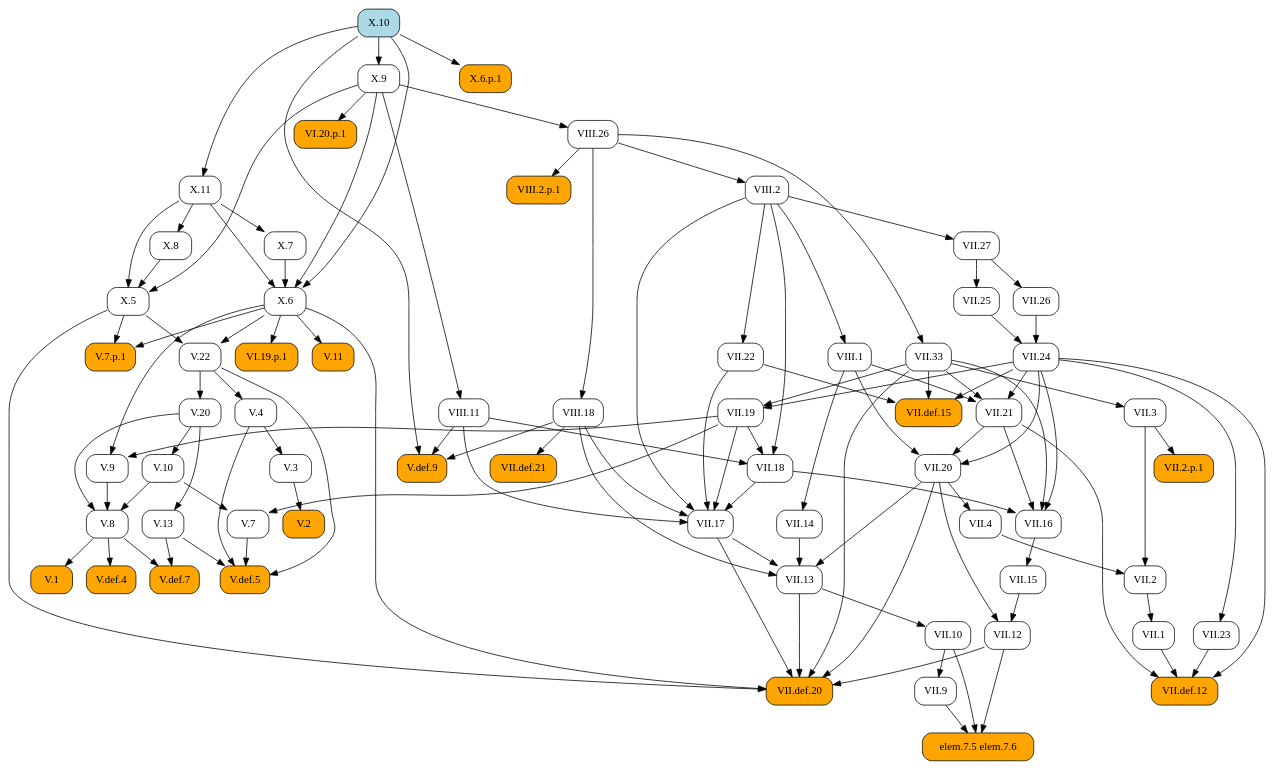
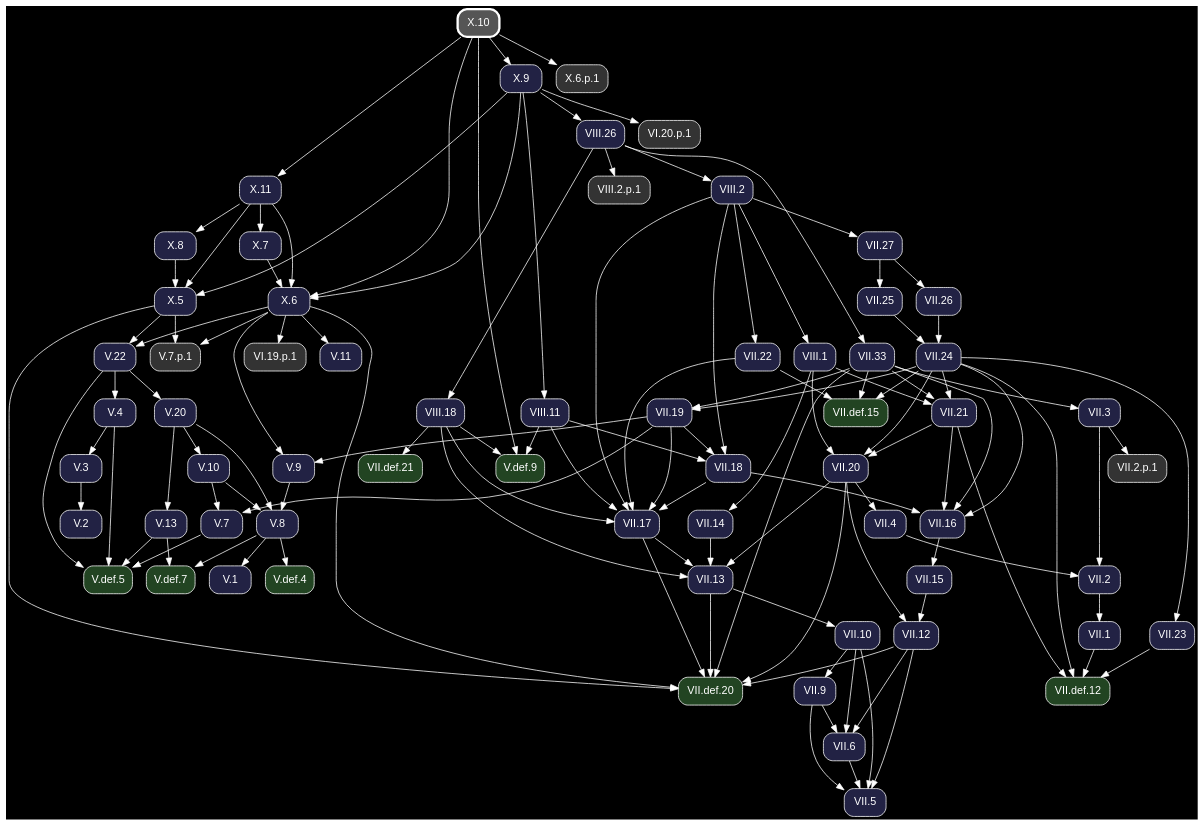
One commit to geometor/elements changed the diagram in docsrc/heath/X/10/index.rst. Above: the diagram before and after it, drawn with Graphviz. The commit also changed other lines of this file and 1200 other files, not shown here.

Commit message:
update dependency graphs

```diff
--- a/docsrc/heath/X/10/index.rst
+++ b/docsrc/heath/X/10/index.rst
@@ -43,128 +43,93 @@
 .. graphviz::
 
    digraph {
+     bgcolor="black";
+     node [shape=box, style="rounded,filled", fontname="Helvetica", color="white", fontcolor="white"];
+     edge [color="white", fontcolor="white"];
      rankdir="TB";
-     node [shape=box, style=rounded];
-     "VII.33" [URL="/heath/VII/33/", target="_top"];
-     "VII.12" [URL="/heath/VII/12/", target="_top"];
-     "elem.7.5 elem.7.6" [style="rounded,filled", fillcolor=orange];
-     "X.11" [URL="/heath/X/11/", target="_top"];
-     "X.9" [URL="/heath/X/9/", target="_top"];
-     "VII.9" [URL="/heath/VII/9/", target="_top"];
-     "V.13" [URL="/heath/V/13/", target="_top"];
-     "VIII.2" [URL="/heath/VIII/2/", target="_top"];
-     "VII.18" [URL="/heath/VII/18/", target="_top"];
-     "VII.16" [URL="/heath/VII/16/", target="_top"];
-     "V.7" [URL="/heath/V/7/", target="_top"];
-     "V.7.p.1" [style="rounded,filled", fillcolor=orange];
-     "X.8" [URL="/heath/X/8/", target="_top"];
-     "VII.26" [URL="/heath/VII/26/", target="_top"];
-     "V.def.5" [style="rounded,filled", fillcolor=orange, URL="/heath/V/def.5/", target="_top"];
-     "X.6" [URL="/heath/X/6/", target="_top"];
-     "V.9" [URL="/heath/V/9/", target="_top"];
-     "VII.10" [URL="/heath/VII/10/", target="_top"];
-     "VII.13" [URL="/heath/VII/13/", target="_top"];
-     "VIII.18" [URL="/heath/VIII/18/", target="_top"];
-     "V.10" [URL="/heath/V/10/", target="_top"];
-     "V.4" [URL="/heath/V/4/", target="_top"];
-     "V.20" [URL="/heath/V/20/", target="_top"];
-     "VII.def.15" [style="rounded,filled", fillcolor=orange, URL="/heath/VII/def.15/", target="_top"];
-     "VI.20.p.1" [style="rounded,filled", fillcolor=orange];
-     "V.11" [style="rounded,filled", fillcolor=orange, URL="/heath/V/11/", target="_top"];
-     "VII.17" [URL="/heath/VII/17/", target="_top"];
-     "VIII.2.p.1" [style="rounded,filled", fillcolor=orange];
-     "VIII.11" [URL="/heath/VIII/11/", target="_top"];
-     "VII.19" [URL="/heath/VII/19/", target="_top"];
-     "VII.def.20" [style="rounded,filled", fillcolor=orange, URL="/heath/VII/def.20/", target="_top"];
-     "VII.2" [URL="/heath/VII/2/", target="_top"];
-     "V.def.4" [style="rounded,filled", fillcolor=orange, URL="/heath/V/def.4/", target="_top"];
-     "VII.15" [URL="/heath/VII/15/", target="_top"];
-     "VII.2.p.1" [style="rounded,filled", fillcolor=orange];
-     "X.10" [style="rounded,filled", fillcolor=lightblue, URL="/heath/X/10/", target="_top"];
-     "V.2" [style="rounded,filled", fillcolor=orange, URL="/heath/V/2/", target="_top"];
-     "V.def.7" [style="rounded,filled", fillcolor=orange, URL="/heath/V/def.7/", target="_top"];
-     "VII.14" [URL="/heath/VII/14/", target="_top"];
-     "V.3" [URL="/heath/V/3/", target="_top"];
-     "VII.27" [URL="/heath/VII/27/", target="_top"];
-     "X.5" [URL="/heath/X/5/", target="_top"];
-     "VII.21" [URL="/heath/VII/21/", target="_top"];
-     "VI.19.p.1" [style="rounded,filled", fillcolor=orange];
-     "VII.22" [URL="/heath/VII/22/", target="_top"];
-     "VII.25" [URL="/heath/VII/25/", target="_top"];
-     "VIII.1" [URL="/heath/VIII/1/", target="_top"];
-     "VII.1" [URL="/heath/VII/1/", target="_top"];
-     "V.8" [URL="/heath/V/8/", target="_top"];
-     "VII.23" [URL="/heath/VII/23/", target="_top"];
-     "X.7" [URL="/heath/X/7/", target="_top"];
-     "VII.4" [URL="/heath/VII/4/", target="_top"];
-     "VII.20" [URL="/heath/VII/20/", target="_top"];
-     "VII.def.12" [style="rounded,filled", fillcolor=orange, URL="/heath/VII/def.12/", target="_top"];
-     "V.22" [URL="/heath/V/22/", target="_top"];
-     "V.1" [style="rounded,filled", fillcolor=orange, URL="/heath/V/1/", target="_top"];
-     "V.def.9" [style="rounded,filled", fillcolor=orange, URL="/heath/V/def.9/", target="_top"];
-     "VII.3" [URL="/heath/VII/3/", target="_top"];
-     "VII.24" [URL="/heath/VII/24/", target="_top"];
-     "VIII.26" [URL="/heath/VIII/26/", target="_top"];
-     "X.6.p.1" [style="rounded,filled", fillcolor=orange];
-     "VII.def.21" [style="rounded,filled", fillcolor=orange, URL="/heath/VII/def.21/", target="_top"];
-     "VIII.26" -> "VII.33";
-     "VII.15" -> "VII.12";
-     "VII.20" -> "VII.12";
-     "VII.9" -> "elem.7.5 elem.7.6";
-     "VII.10" -> "elem.7.5 elem.7.6";
-     "VII.12" -> "elem.7.5 elem.7.6";
-     "X.10" -> "X.11";
-     "X.10" -> "X.9";
-     "VII.10" -> "VII.9";
-     "V.20" -> "V.13";
-     "VIII.26" -> "VIII.2";
-     "VII.19" -> "VII.18";
-     "VIII.2" -> "VII.18";
-     "VIII.11" -> "VII.18";
-     "VII.18" -> "VII.16";
-     "VII.21" -> "VII.16";
-     "VII.24" -> "VII.16";
-     "VII.33" -> "VII.16";
-     "V.10" -> "V.7";
-     "VII.19" -> "V.7";
-     "X.5" -> "V.7.p.1";
-     "X.6" -> "V.7.p.1";
-     "X.11" -> "X.8";
-     "VII.27" -> "VII.26";
+     "V.def.5" [fillcolor="#224422", URL="/heath/V/def.5/", target="_top"];
+     "V.22" [fillcolor="#222244", URL="/heath/V/22/", target="_top"];
+     "VII.33" [fillcolor="#222244", URL="/heath/VII/33/", target="_top"];
+     "X.6" [fillcolor="#222244", URL="/heath/X/6/", target="_top"];
+     "V.def.9" [fillcolor="#224422", URL="/heath/V/def.9/", target="_top"];
+     "VII.18" [fillcolor="#222244", URL="/heath/VII/18/", target="_top"];
+     "VII.2" [fillcolor="#222244", URL="/heath/VII/2/", target="_top"];
+     "VIII.26" [fillcolor="#222244", URL="/heath/VIII/26/", target="_top"];
+     "VII.def.20" [fillcolor="#224422", URL="/heath/VII/def.20/", target="_top"];
+     "X.11" [fillcolor="#222244", URL="/heath/X/11/", target="_top"];
+     "X.7" [fillcolor="#222244", URL="/heath/X/7/", target="_top"];
+     "VII.26" [fillcolor="#222244", URL="/heath/VII/26/", target="_top"];
+     "VII.1" [fillcolor="#222244", URL="/heath/VII/1/", target="_top"];
+     "X.10" [penwidth=3, color="white", fillcolor="#555555", URL="/heath/X/10/", target="_top"];
+     "VII.13" [fillcolor="#222244", URL="/heath/VII/13/", target="_top"];
+     "VI.19.p.1" [fillcolor="#333333"];
+     "VIII.2.p.1" [fillcolor="#333333"];
+     "VII.27" [fillcolor="#222244", URL="/heath/VII/27/", target="_top"];
+     "VII.4" [fillcolor="#222244", URL="/heath/VII/4/", target="_top"];
+     "VII.25" [fillcolor="#222244", URL="/heath/VII/25/", target="_top"];
+     "V.4" [fillcolor="#222244", URL="/heath/V/4/", target="_top"];
+     "VII.14" [fillcolor="#222244", URL="/heath/VII/14/", target="_top"];
+     "VI.20.p.1" [fillcolor="#333333"];
+     "VII.21" [fillcolor="#222244", URL="/heath/VII/21/", target="_top"];
+     "VII.9" [fillcolor="#222244", URL="/heath/VII/9/", target="_top"];
+     "V.7" [fillcolor="#222244", URL="/heath/V/7/", target="_top"];
+     "VII.12" [fillcolor="#222244", URL="/heath/VII/12/", target="_top"];
+     "V.9" [fillcolor="#222244", URL="/heath/V/9/", target="_top"];
+     "VII.17" [fillcolor="#222244", URL="/heath/VII/17/", target="_top"];
+     "VII.24" [fillcolor="#222244", URL="/heath/VII/24/", target="_top"];
+     "VII.22" [fillcolor="#222244", URL="/heath/VII/22/", target="_top"];
+     "VIII.2" [fillcolor="#222244", URL="/heath/VIII/2/", target="_top"];
+     "X.9" [fillcolor="#222244", URL="/heath/X/9/", target="_top"];
+     "V.11" [fillcolor="#222244", URL="/heath/V/11/", target="_top"];
+     "V.def.7" [fillcolor="#224422", URL="/heath/V/def.7/", target="_top"];
+     "VII.20" [fillcolor="#222244", URL="/heath/VII/20/", target="_top"];
+     "V.def.4" [fillcolor="#224422", URL="/heath/V/def.4/", target="_top"];
+     "V.20" [fillcolor="#222244", URL="/heath/V/20/", target="_top"];
+     "VIII.18" [fillcolor="#222244", URL="/heath/VIII/18/", target="_top"];
+     "VII.5" [fillcolor="#222244", URL="/heath/VII/5/", target="_top"];
+     "X.5" [fillcolor="#222244", URL="/heath/X/5/", target="_top"];
+     "X.6.p.1" [fillcolor="#333333"];
+     "VII.def.15" [fillcolor="#224422", URL="/heath/VII/def.15/", target="_top"];
+     "VII.2.p.1" [fillcolor="#333333"];
+     "VII.6" [fillcolor="#222244", URL="/heath/VII/6/", target="_top"];
+     "VII.16" [fillcolor="#222244", URL="/heath/VII/16/", target="_top"];
+     "VII.15" [fillcolor="#222244", URL="/heath/VII/15/", target="_top"];
+     "X.8" [fillcolor="#222244", URL="/heath/X/8/", target="_top"];
+     "V.1" [fillcolor="#222244", URL="/heath/V/1/", target="_top"];
+     "V.2" [fillcolor="#222244", URL="/heath/V/2/", target="_top"];
+     "VII.10" [fillcolor="#222244", URL="/heath/VII/10/", target="_top"];
+     "VII.23" [fillcolor="#222244", URL="/heath/VII/23/", target="_top"];
+     "VII.def.12" [fillcolor="#224422", URL="/heath/VII/def.12/", target="_top"];
+     "VII.19" [fillcolor="#222244", URL="/heath/VII/19/", target="_top"];
+     "V.13" [fillcolor="#222244", URL="/heath/V/13/", target="_top"];
+     "V.8" [fillcolor="#222244", URL="/heath/V/8/", target="_top"];
+     "V.7.p.1" [fillcolor="#333333"];
+     "VII.def.21" [fillcolor="#224422", URL="/heath/VII/def.21/", target="_top"];
+     "VIII.1" [fillcolor="#222244", URL="/heath/VIII/1/", target="_top"];
+     "VII.3" [fillcolor="#222244", URL="/heath/VII/3/", target="_top"];
+     "V.3" [fillcolor="#222244", URL="/heath/V/3/", target="_top"];
+     "V.10" [fillcolor="#222244", URL="/heath/V/10/", target="_top"];
+     "VIII.11" [fillcolor="#222244", URL="/heath/VIII/11/", target="_top"];
      "V.4" -> "V.def.5";
      "V.7" -> "V.def.5";
      "V.13" -> "V.def.5";
      "V.22" -> "V.def.5";
+     "X.5" -> "V.22";
+     "X.6" -> "V.22";
+     "VIII.26" -> "VII.33";
      "X.7" -> "X.6";
      "X.9" -> "X.6";
      "X.10" -> "X.6";
      "X.11" -> "X.6";
-     "VII.19" -> "V.9";
-     "X.6" -> "V.9";
-     "VII.13" -> "VII.10";
-     "VII.14" -> "VII.13";
-     "VII.17" -> "VII.13";
-     "VII.20" -> "VII.13";
-     "VIII.18" -> "VII.13";
-     "VIII.26" -> "VIII.18";
-     "V.20" -> "V.10";
-     "V.22" -> "V.4";
-     "V.22" -> "V.20";
-     "VII.22" -> "VII.def.15";
-     "VII.24" -> "VII.def.15";
-     "VII.33" -> "VII.def.15";
-     "X.9" -> "VI.20.p.1";
-     "X.6" -> "V.11";
-     "VII.18" -> "VII.17";
-     "VII.19" -> "VII.17";
-     "VII.22" -> "VII.17";
-     "VIII.2" -> "VII.17";
-     "VIII.11" -> "VII.17";
-     "VIII.18" -> "VII.17";
-     "VIII.26" -> "VIII.2.p.1";
-     "X.9" -> "VIII.11";
-     "VII.24" -> "VII.19";
-     "VII.33" -> "VII.19";
+     "VIII.11" -> "V.def.9";
+     "VIII.18" -> "V.def.9";
+     "X.10" -> "V.def.9";
+     "VII.19" -> "VII.18";
+     "VIII.2" -> "VII.18";
+     "VIII.11" -> "VII.18";
+     "VII.3" -> "VII.2";
+     "VII.4" -> "VII.2";
+     "X.9" -> "VIII.26";
      "VII.12" -> "VII.def.20";
      "VII.13" -> "VII.def.20";
      "VII.17" -> "VII.def.20";
@@ -172,51 +137,93 @@
      "VII.33" -> "VII.def.20";
      "X.5" -> "VII.def.20";
      "X.6" -> "VII.def.20";
-     "VII.3" -> "VII.2";
-     "VII.4" -> "VII.2";
-     "V.8" -> "V.def.4";
-     "VII.16" -> "VII.15";
-     "VII.3" -> "VII.2.p.1";
-     "V.3" -> "V.2";
+     "X.10" -> "X.11";
+     "X.11" -> "X.7";
+     "VII.27" -> "VII.26";
+     "VII.2" -> "VII.1";
+     "VII.14" -> "VII.13";
+     "VII.17" -> "VII.13";
+     "VII.20" -> "VII.13";
+     "VIII.18" -> "VII.13";
+     "X.6" -> "VI.19.p.1";
+     "VIII.26" -> "VIII.2.p.1";
+     "VIII.2" -> "VII.27";
+     "VII.20" -> "VII.4";
+     "VII.27" -> "VII.25";
+     "V.22" -> "V.4";
+     "VIII.1" -> "VII.14";
+     "X.9" -> "VI.20.p.1";
+     "VII.24" -> "VII.21";
+     "VII.33" -> "VII.21";
+     "VIII.1" -> "VII.21";
+     "VII.10" -> "VII.9";
+     "V.10" -> "V.7";
+     "VII.19" -> "V.7";
+     "VII.15" -> "VII.12";
+     "VII.20" -> "VII.12";
+     "VII.19" -> "V.9";
+     "X.6" -> "V.9";
+     "VII.18" -> "VII.17";
+     "VII.19" -> "VII.17";
+     "VII.22" -> "VII.17";
+     "VIII.2" -> "VII.17";
+     "VIII.11" -> "VII.17";
+     "VIII.18" -> "VII.17";
+     "VII.25" -> "VII.24";
+     "VII.26" -> "VII.24";
+     "VIII.2" -> "VII.22";
+     "VIII.26" -> "VIII.2";
+     "X.10" -> "X.9";
+     "X.6" -> "V.11";
      "V.8" -> "V.def.7";
      "V.13" -> "V.def.7";
-     "VIII.1" -> "VII.14";
-     "V.4" -> "V.3";
-     "VIII.2" -> "VII.27";
+     "VII.21" -> "VII.20";
+     "VII.24" -> "VII.20";
+     "VIII.1" -> "VII.20";
+     "V.8" -> "V.def.4";
+     "V.22" -> "V.20";
+     "VIII.26" -> "VIII.18";
+     "VII.6" -> "VII.5";
+     "VII.9" -> "VII.5";
+     "VII.10" -> "VII.5";
+     "VII.12" -> "VII.5";
      "X.8" -> "X.5";
      "X.9" -> "X.5";
      "X.11" -> "X.5";
-     "VII.24" -> "VII.21";
-     "VII.33" -> "VII.21";
-     "VIII.1" -> "VII.21";
-     "X.6" -> "VI.19.p.1";
-     "VIII.2" -> "VII.22";
-     "VII.27" -> "VII.25";
-     "VIII.2" -> "VIII.1";
-     "VII.2" -> "VII.1";
-     "V.9" -> "V.8";
-     "V.10" -> "V.8";
-     "V.20" -> "V.8";
+     "X.10" -> "X.6.p.1";
+     "VII.22" -> "VII.def.15";
+     "VII.24" -> "VII.def.15";
+     "VII.33" -> "VII.def.15";
+     "VII.3" -> "VII.2.p.1";
+     "VII.9" -> "VII.6";
+     "VII.10" -> "VII.6";
+     "VII.12" -> "VII.6";
+     "VII.18" -> "VII.16";
+     "VII.21" -> "VII.16";
+     "VII.24" -> "VII.16";
+     "VII.33" -> "VII.16";
+     "VII.16" -> "VII.15";
+     "X.11" -> "X.8";
+     "V.8" -> "V.1";
+     "V.3" -> "V.2";
+     "VII.13" -> "VII.10";
      "VII.24" -> "VII.23";
-     "X.11" -> "X.7";
-     "VII.20" -> "VII.4";
-     "VII.21" -> "VII.20";
-     "VII.24" -> "VII.20";
-     "VIII.1" -> "VII.20";
      "VII.1" -> "VII.def.12";
      "VII.21" -> "VII.def.12";
      "VII.23" -> "VII.def.12";
      "VII.24" -> "VII.def.12";
-     "X.5" -> "V.22";
-     "X.6" -> "V.22";
-     "V.8" -> "V.1";
-     "VIII.11" -> "V.def.9";
-     "VIII.18" -> "V.def.9";
-     "X.10" -> "V.def.9";
+     "VII.24" -> "VII.19";
+     "VII.33" -> "VII.19";
+     "V.20" -> "V.13";
+     "V.9" -> "V.8";
+     "V.10" -> "V.8";
+     "V.20" -> "V.8";
+     "X.5" -> "V.7.p.1";
+     "X.6" -> "V.7.p.1";
+     "VIII.18" -> "VII.def.21";
+     "VIII.2" -> "VIII.1";
      "VII.33" -> "VII.3";
-     "VII.25" -> "VII.24";
-     "VII.26" -> "VII.24";
-     "X.9" -> "VIII.26";
-     "X.10" -> "X.6.p.1";
-     "VIII.18" -> "VII.def.21";
+     "V.4" -> "V.3";
+     "V.20" -> "V.10";
+     "X.9" -> "VIII.11";
    }
```
